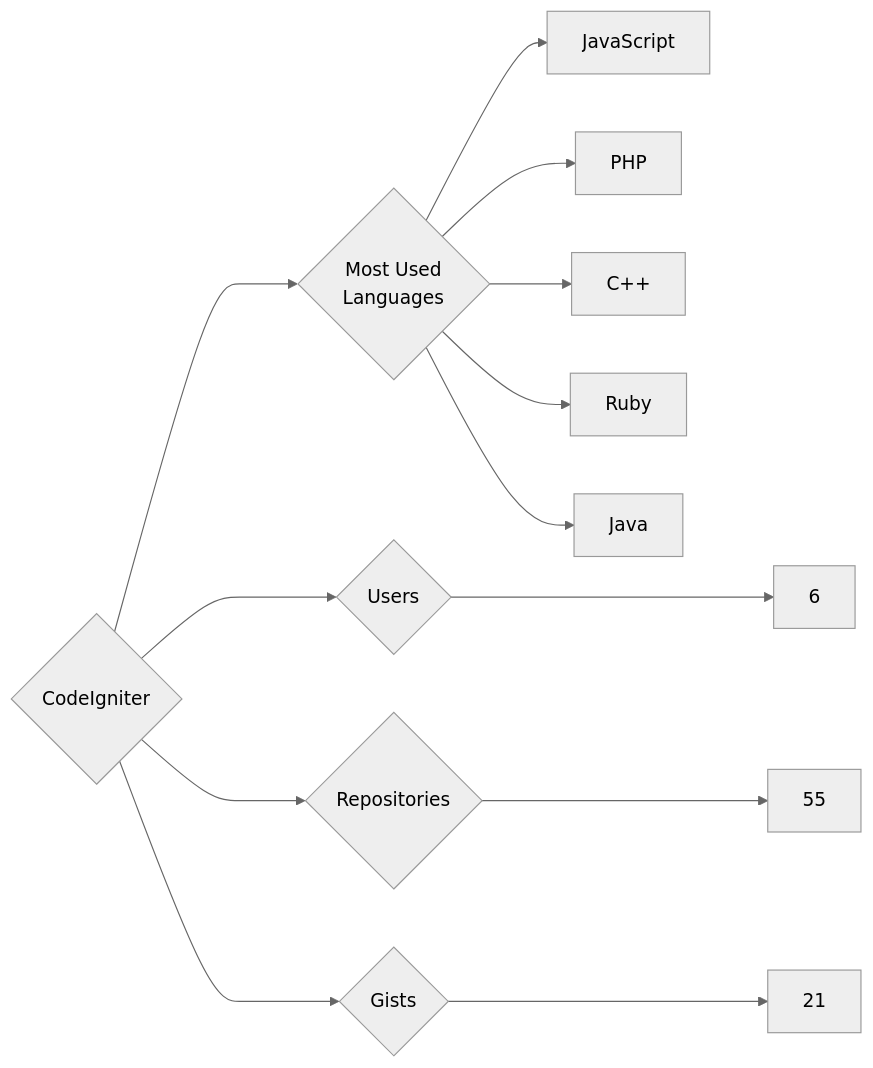
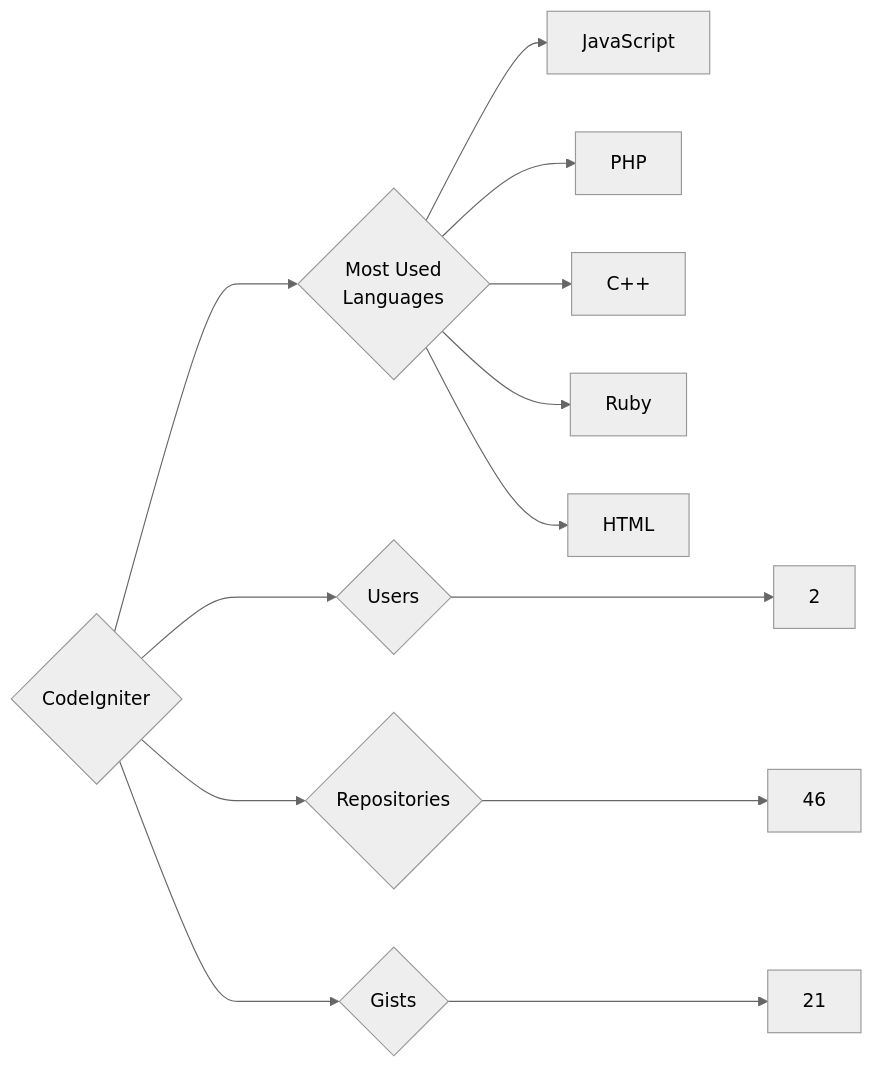
Before and after one commit to trickest/insiders: the diagram in targets/CodeIgniter/README.md, drawn with Mermaid (neutral theme). The commit also changed 809 other files, not shown here.

````diff
--- a/targets/CodeIgniter/README.md
+++ b/targets/CodeIgniter/README.md
@@ -3,13 +3,13 @@
 ```mermaid
 graph LR
 COMPANY_NAME{CodeIgniter}
-COMPANY_NAME ---> U{Users} ---> UN[6]
-COMPANY_NAME ---> R{Repositories} ---> RN[55]
+COMPANY_NAME ---> U{Users} ---> UN[2]
+COMPANY_NAME ---> R{Repositories} ---> RN[46]
 COMPANY_NAME ---> G{Gists} ---> GN[21]
 COMPANY_NAME ---> ML{Most Used<br>Languages}
 ML --> JavaScript[JavaScript]
 ML --> PHP[PHP]
 ML --> C++[C++]
 ML --> Ruby[Ruby]
-ML --> Java[Java]
+ML --> HTML[HTML]
 ```
````
